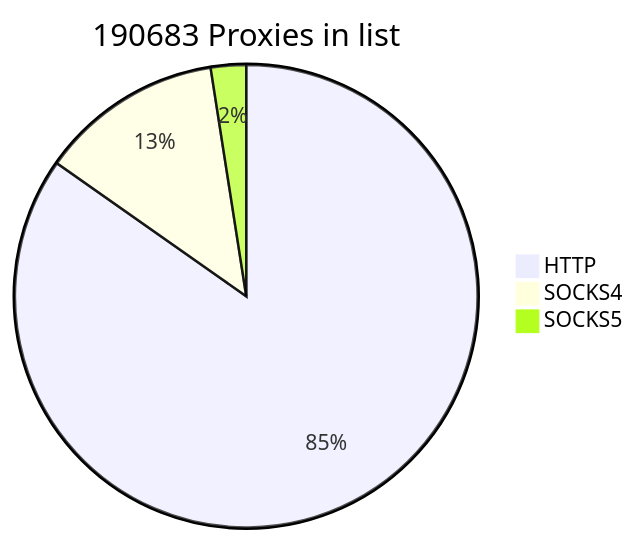
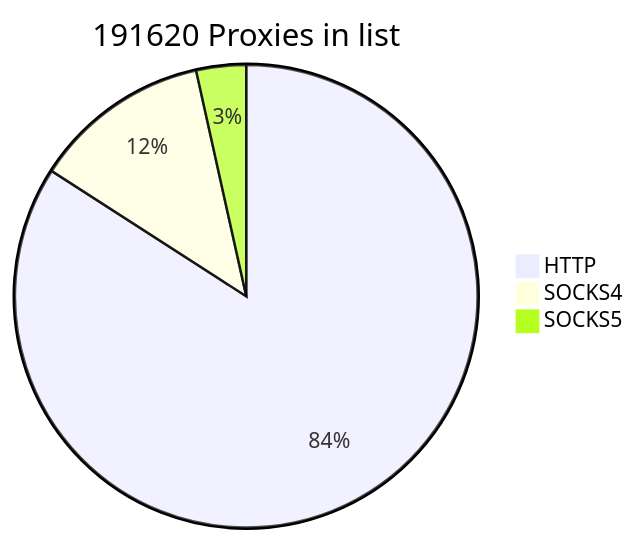
One commit to cutipu/proxylist changed the first of 2 diagrams in README.md. Above: the diagram before and after it, drawn with Mermaid. The commit also changed other lines of this file, not shown here.

````diff
--- a/README.md
+++ b/README.md
@@ -2,7 +2,7 @@
 ```mermaid
-pie title 190683 Proxies in list
-    "HTTP" : 161595
-    "SOCKS4" : 24388
-    "SOCKS5" : 4700
+pie title 191620 Proxies in list
+    "HTTP" : 161155
+    "SOCKS4" : 23795
+    "SOCKS5" : 6670
             
 ```
````
